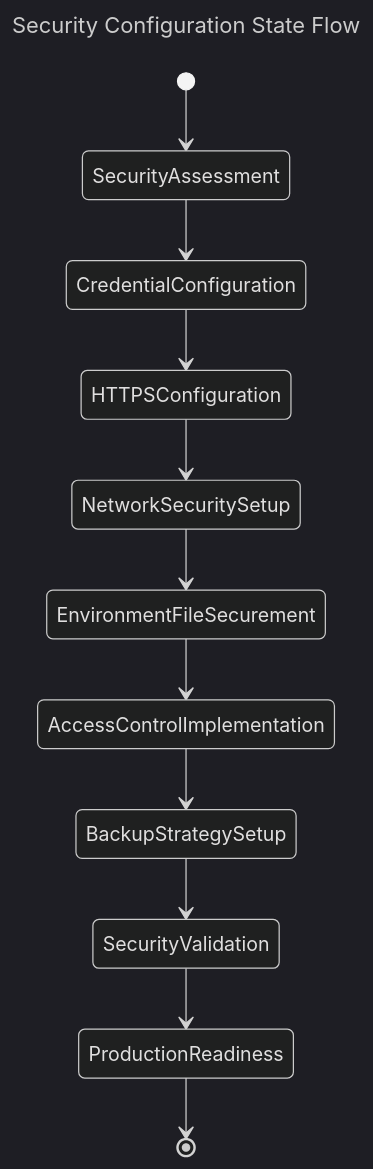
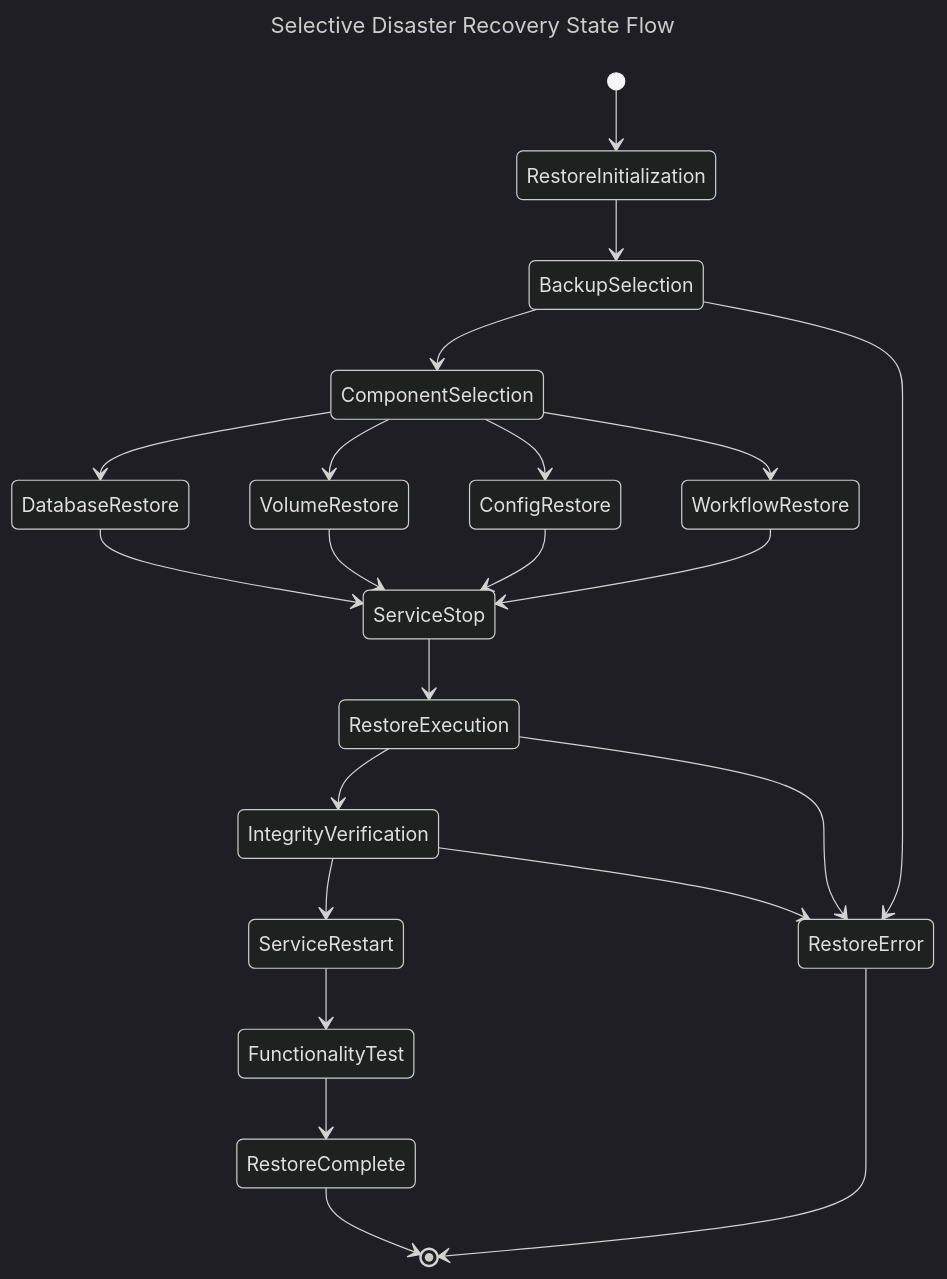
Before and after one commit to RustedVikingOG/n8n_docker_stack: diagram 32 of 32 in docs/designs/use_cases.md, drawn with Mermaid (dark theme). The commit also changed other lines of this file and 2 other files, not shown here.

````diff
--- a/docs/designs/use_cases.md
+++ b/docs/designs/use_cases.md
@@ -1775,16 +1340,30 @@
 ```mermaid
 ---
-title: Security Configuration State Flow
+title: Selective Disaster Recovery State Flow
 ---
 stateDiagram-v2
-    [*] --> SecurityAssessment
-    SecurityAssessment --> CredentialConfiguration
-    CredentialConfiguration --> HTTPSConfiguration
-    HTTPSConfiguration --> NetworkSecuritySetup
-    NetworkSecuritySetup --> EnvironmentFileSecurement
-    EnvironmentFileSecurement --> AccessControlImplementation
-    AccessControlImplementation --> BackupStrategySetup
-    BackupStrategySetup --> SecurityValidation
-    SecurityValidation --> ProductionReadiness
-    ProductionReadiness --> [*]
+    [*] --> RestoreInitialization
+    RestoreInitialization --> BackupSelection
+    BackupSelection --> ComponentSelection
+    ComponentSelection --> DatabaseRestore
+    ComponentSelection --> VolumeRestore
+    ComponentSelection --> ConfigRestore
+    ComponentSelection --> WorkflowRestore
+    
+    DatabaseRestore --> ServiceStop
+    VolumeRestore --> ServiceStop
+    ConfigRestore --> ServiceStop
+    WorkflowRestore --> ServiceStop
+    
+    ServiceStop --> RestoreExecution
+    RestoreExecution --> IntegrityVerification
+    IntegrityVerification --> ServiceRestart
+    ServiceRestart --> FunctionalityTest
+    FunctionalityTest --> RestoreComplete
+    RestoreComplete --> [*]
+    
+    BackupSelection --> RestoreError
+    RestoreExecution --> RestoreError
+    IntegrityVerification --> RestoreError
+    RestoreError --> [*]
 ```
````
